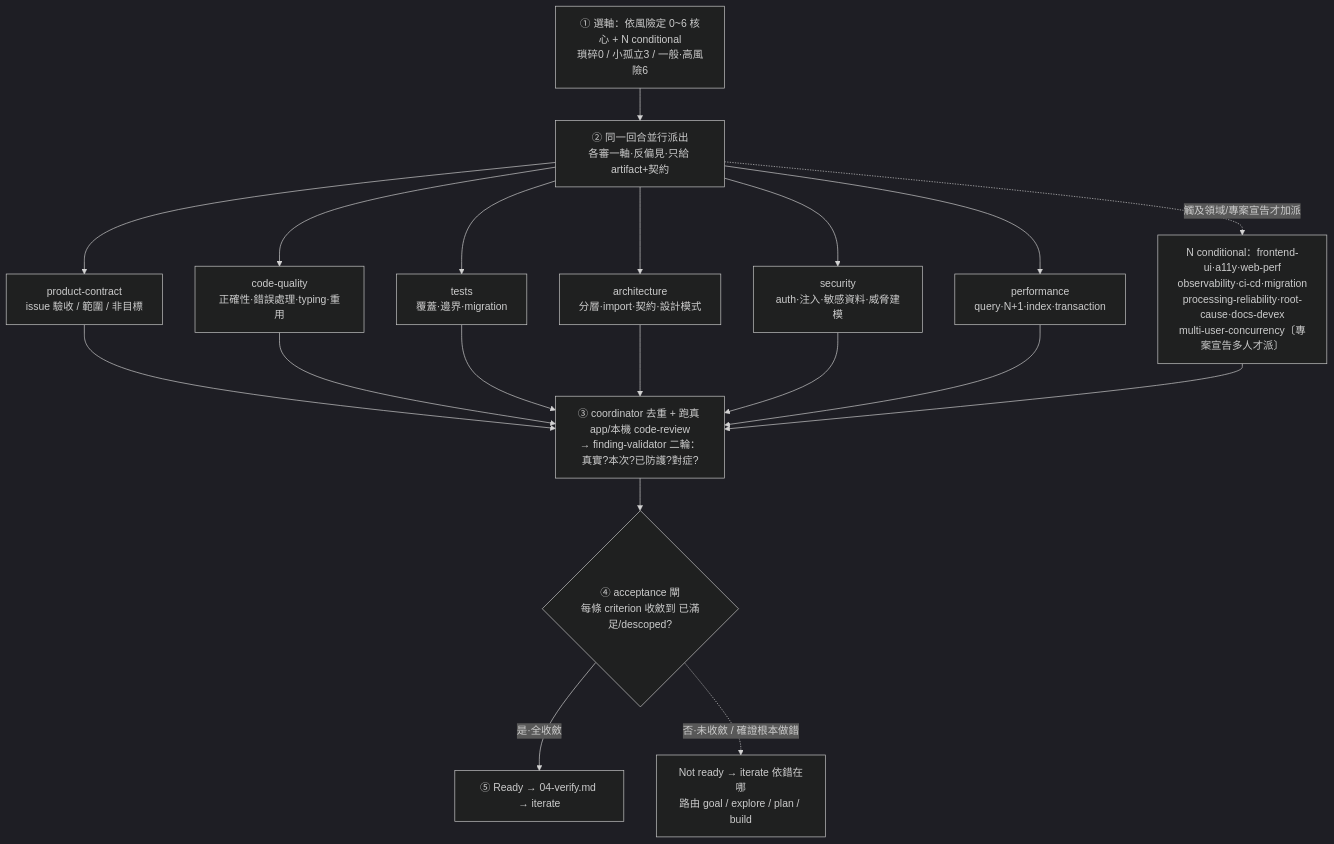
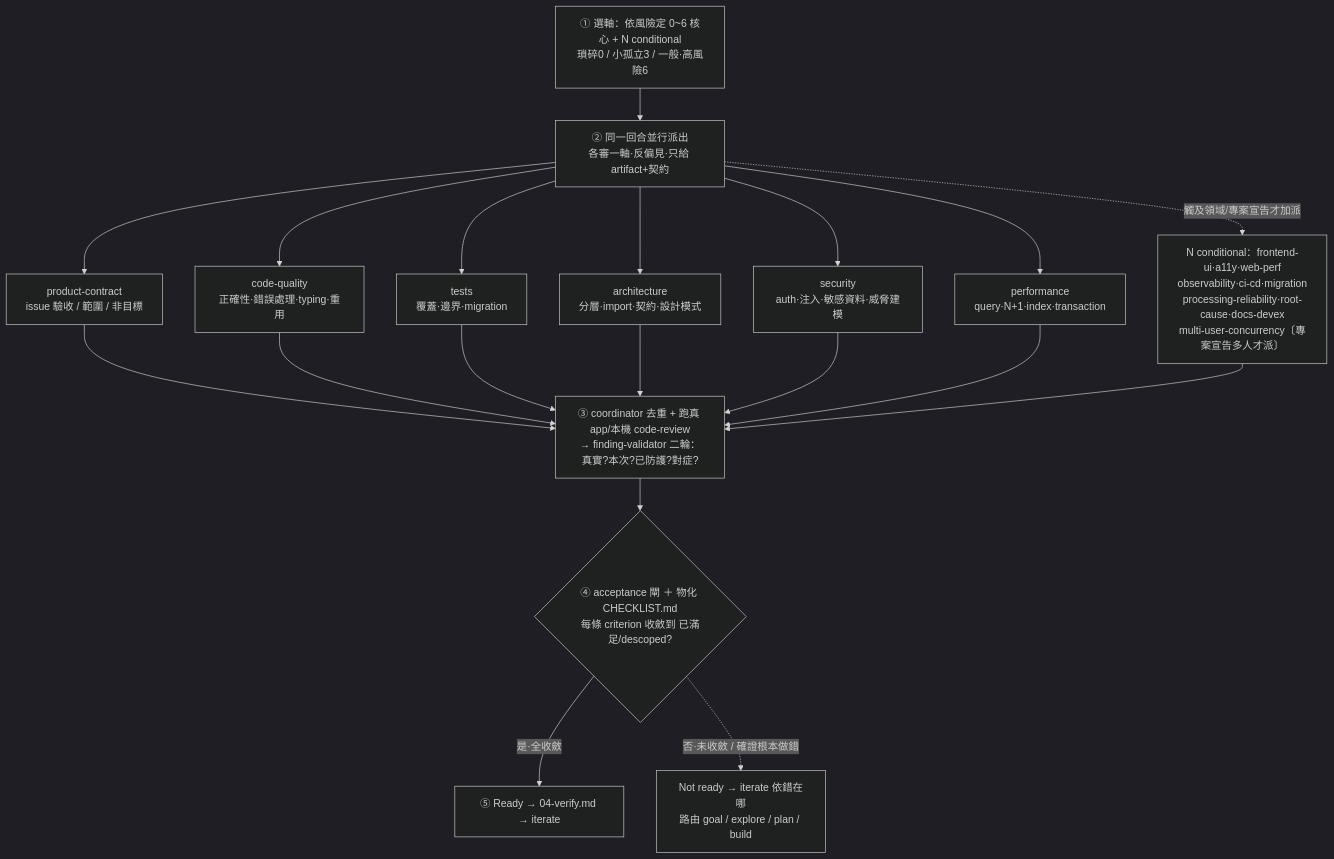
Before and after one commit to adha9990/dev-workflows: the fourth of 4 diagrams in plugins/loops-workflow/docs/FLOW.md, drawn with Mermaid (dark theme). The commit also changed other lines of this file and 6 other files, not shown here.

````diff
--- a/plugins/loops-workflow/docs/FLOW.md
+++ b/plugins/loops-workflow/docs/FLOW.md
@@ -202,15 +202,15 @@
 ```mermaid
 flowchart TD
     S1[① 選軸：依風險定 0~6 核心 + N conditional<br/>瑣碎0 / 小孤立3 / 一般·高風險6] --> S2[② 同一回合並行派出<br/>各審一軸·反偏見·只給 artifact+契約]
     S2 --> R1[product-contract<br/>issue 驗收 / 範圍 / 非目標]
     S2 --> R2[code-quality<br/>正確性·錯誤處理·typing·重用]
     S2 --> R3[tests<br/>覆蓋·邊界·migration]
     S2 --> R4[architecture<br/>分層·import·契約·設計模式]
     S2 --> R5[security<br/>auth·注入·敏感資料·威脅建模]
     S2 --> R6[performance<br/>query·N+1·index·transaction]
     S2 -.觸及領域/專案宣告才加派.-> COND[N conditional：frontend-ui·a11y·web-perf<br/>observability·ci-cd·migration<br/>processing-reliability·root-cause·docs-devex<br/>multi-user-concurrency〔專案宣告多人才派〕]
     R1 & R2 & R3 & R4 & R5 & R6 & COND --> CO[③ coordinator 去重 + 跑真 app/本機 code-review<br/>→ finding-validator 二輪：真實?本次?已防護?對症?]
-    CO --> S4{④ acceptance 閘<br/>每條 criterion 收斂到 已滿足/descoped?}
+    CO --> S4{④ acceptance 閘 ＋ 物化 CHECKLIST.md<br/>每條 criterion 收斂到 已滿足/descoped?}
     S4 -->|是·全收斂| S5[⑤ Ready → 04-verify.md → iterate]
     S4 -.否·未收斂 / 確證根本做錯.-> ITER[Not ready → iterate 依錯在哪<br/>路由 goal / explore / plan / build]
 ```
````
